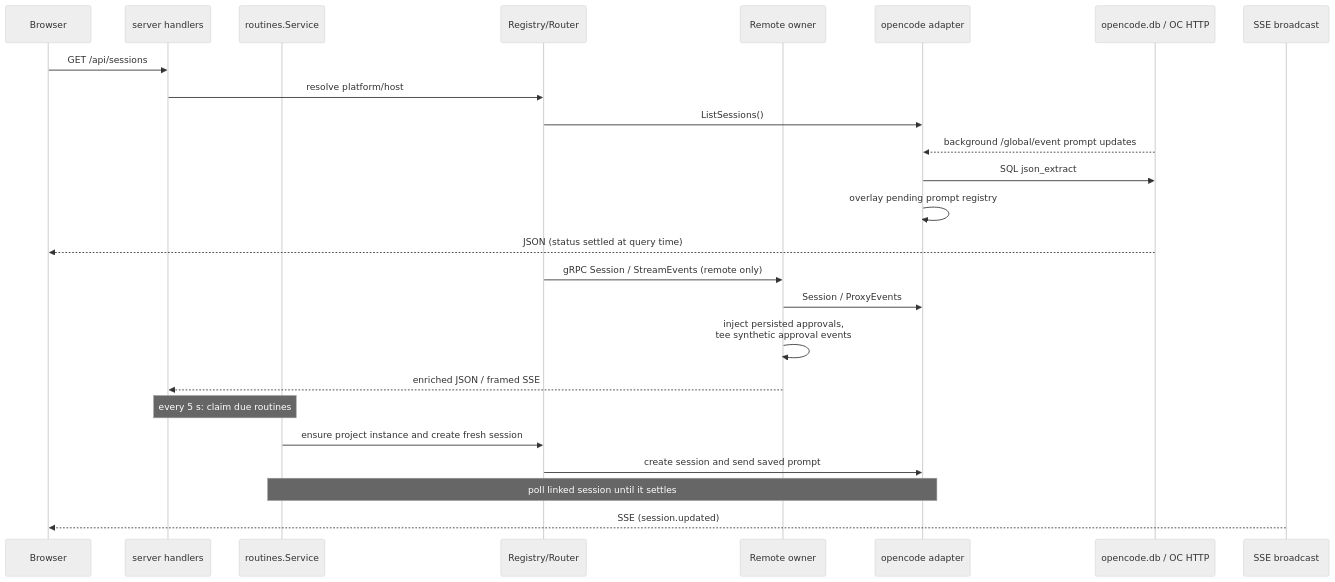
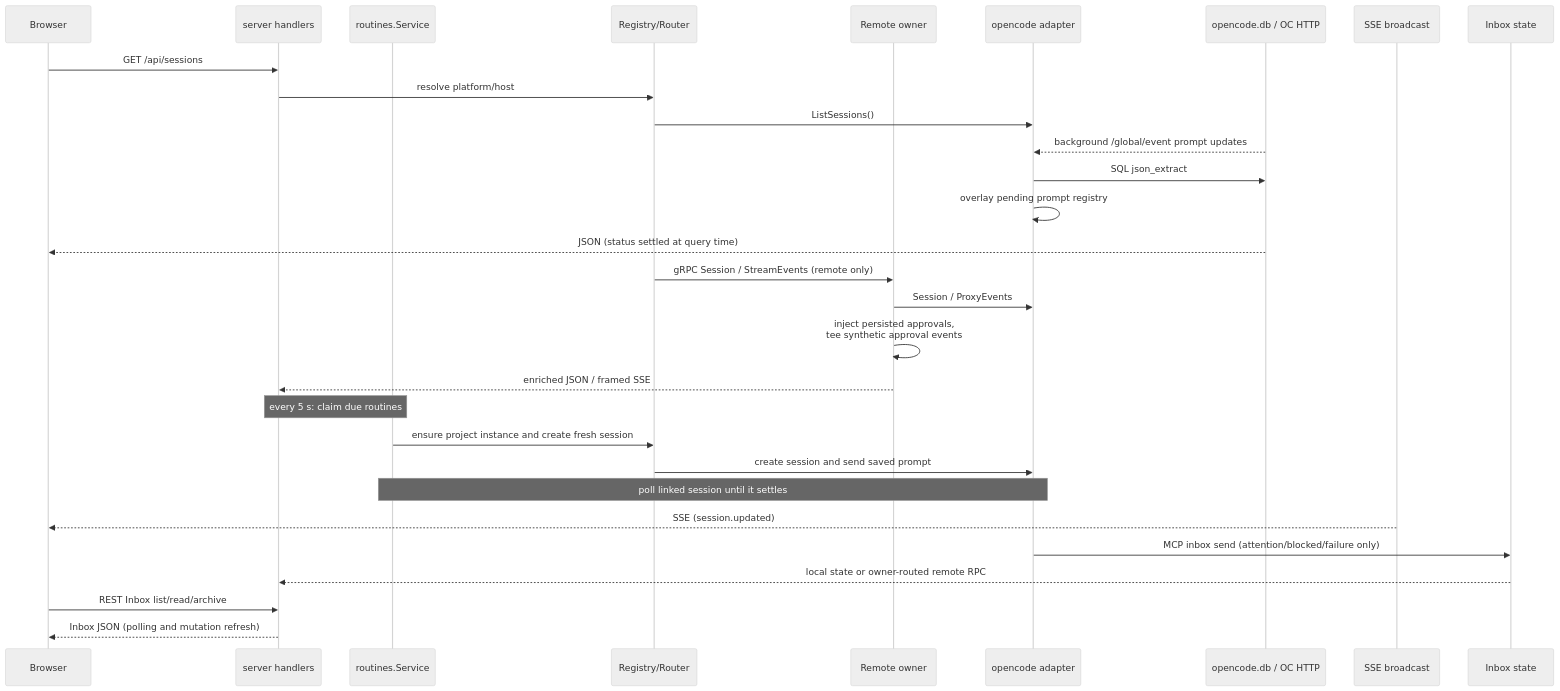
The fourth of 5 diagrams in docs/other/architecture.md (ocman/ocman), drawn with Mermaid (neutral theme) before and after one commit. The commit also changed other lines of this file and 4 other files, not shown here.

````diff
--- a/docs/other/architecture.md
+++ b/docs/other/architecture.md
@@ -192,28 +201,33 @@
 ```mermaid
 sequenceDiagram
     participant B as Browser
     participant S as server handlers
     participant Q as routines.Service
     participant R as Registry/Router
     participant O as Remote owner
     participant A as opencode adapter
     participant D as opencode.db / OC HTTP
     participant E as SSE broadcast
+    participant I as Inbox state
 
     B->>S: GET /api/sessions
     S->>R: resolve platform/host
     R->>A: ListSessions()
     D-->>A: background /global/event prompt updates
     A->>D: SQL json_extract
     A->>A: overlay pending prompt registry
     D-->>B: JSON (status settled at query time)
     R->>O: gRPC Session / StreamEvents (remote only)
     O->>A: Session / ProxyEvents
      O->>O: inject persisted approvals,<br/>tee synthetic approval events
      O-->>S: enriched JSON / framed SSE
     Note over S,Q: every 5 s: claim due routines
     Q->>R: ensure project instance and create fresh session
     R->>A: create session and send saved prompt
     Note over Q,A: poll linked session until it settles
     E-->>B: SSE (session.updated)
+    A->>I: MCP inbox send (attention/blocked/failure only)
+    I-->>S: local state or owner-routed remote RPC
+    B->>S: REST Inbox list/read/archive
+    S-->>B: Inbox JSON (polling and mutation refresh)
 ```
````
